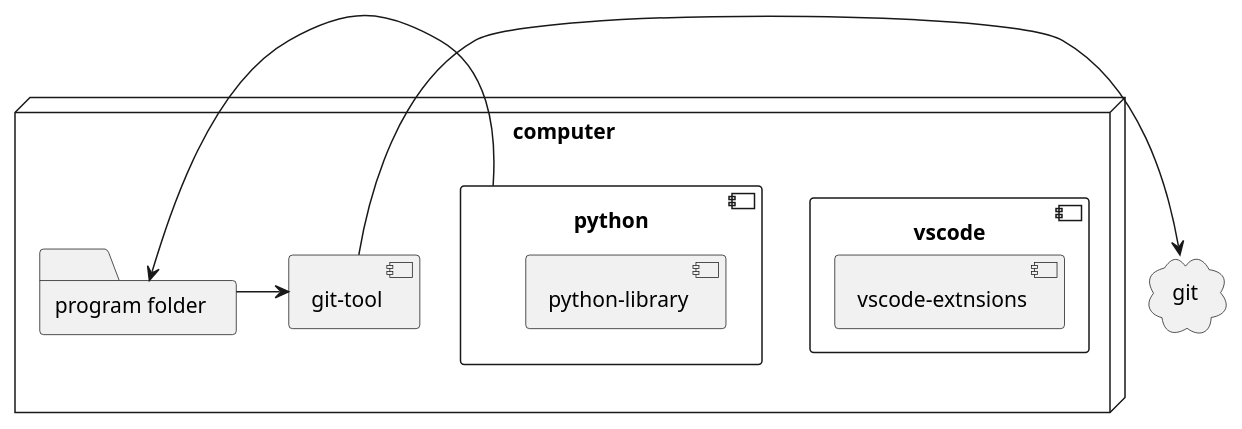
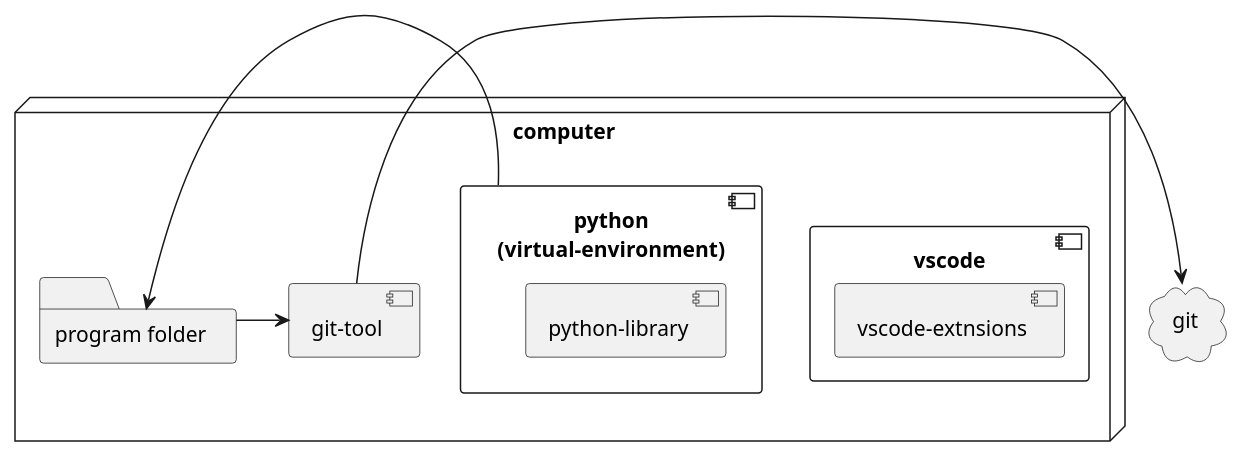
One commit to ak-it-company/common-dev-pc-setup-tips changed the diagram in computer.pu. Above: the diagram before and after it, drawn with PlantUML. The commit also changed 1 other file, not shown here.

Commit message:
change uml add virtual environment

```diff
--- a/computer.pu
+++ b/computer.pu
@@ -1,34 +1,34 @@
 @startuml
 
 node computer {
 
     folder "program folder" {
 
     }
 
     component vscode{
         component vscode-extnsions{
 
         }
     }
 
-    component python{
+    component "python\n(virtual-environment)" as python{
         component python-library{
 
         }
     }
 
     component git-tool{
 
     }
 }
 
 cloud git {
 
 }
 
 "git-tool" -> git
 "program folder" -> "git-tool"
 python -> "program folder"
 
 @enduml
```
